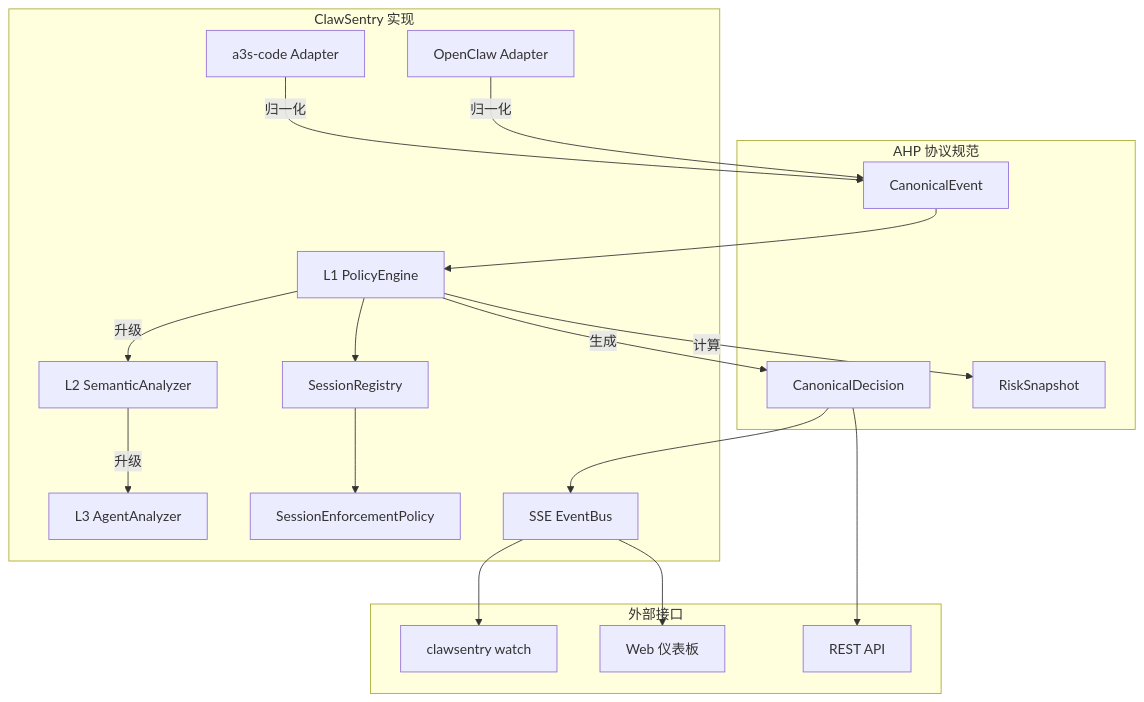
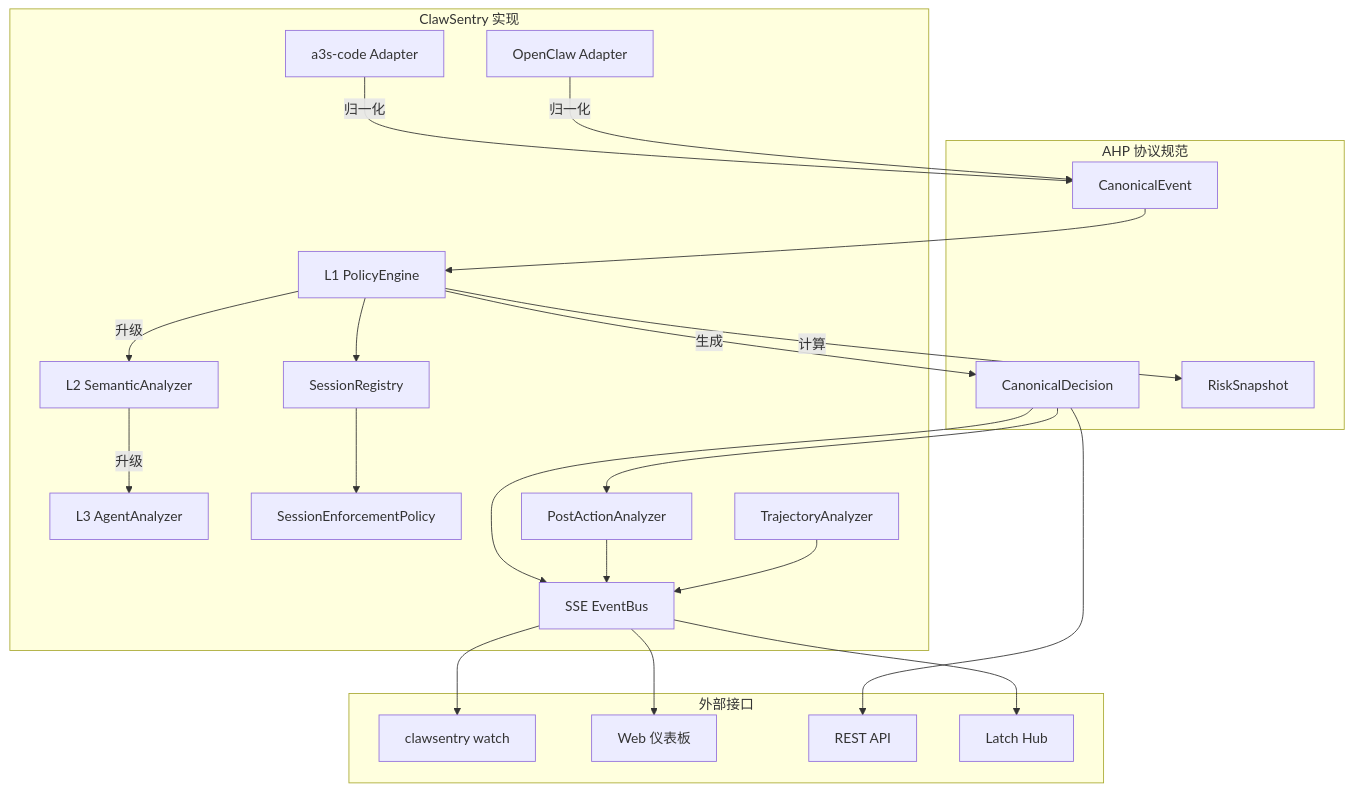
Before and after one commit to Elroyper/ClawSentry: the tenth of 10 diagrams in site-docs/getting-started/concepts.md, drawn with Mermaid. The commit also changed other lines of this file and 6 other files, not shown here.

````diff
--- a/site-docs/getting-started/concepts.md
+++ b/site-docs/getting-started/concepts.md
@@ -491,39 +721,46 @@
 ```mermaid
 graph TB
     subgraph "AHP 协议规范"
         CE[CanonicalEvent]
         CD[CanonicalDecision]
         RS[RiskSnapshot]
     end
 
     subgraph "ClawSentry 实现"
         A1[a3s-code Adapter]
         A2[OpenClaw Adapter]
         L1[L1 PolicyEngine]
         L2[L2 SemanticAnalyzer]
         L3[L3 AgentAnalyzer]
         SE[SessionEnforcementPolicy]
         SR[SessionRegistry]
         SSE[SSE EventBus]
+        PA[PostActionAnalyzer]
+        TA[TrajectoryAnalyzer]
     end
 
     subgraph "外部接口"
         W[clawsentry watch]
         UI[Web 仪表板]
         API[REST API]
+        LH[Latch Hub]
     end
 
     A1 -->|归一化| CE
     A2 -->|归一化| CE
     CE --> L1
     L1 -->|计算| RS
     L1 -->|生成| CD
     L1 -->|升级| L2
     L2 -->|升级| L3
     L1 --> SR
     SR --> SE
     CD --> SSE
+    CD --> PA
+    PA --> SSE
+    TA --> SSE
     SSE --> W
     SSE --> UI
+    SSE --> LH
     CD --> API
 ```
````
